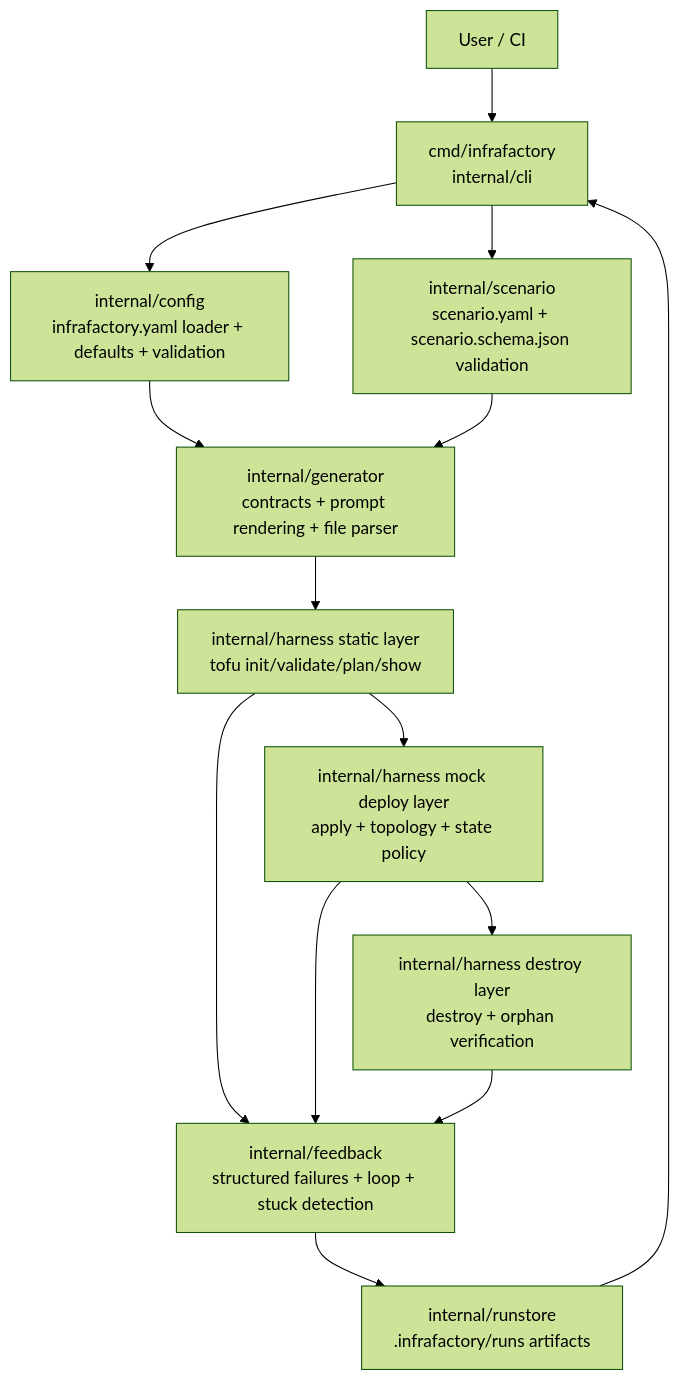
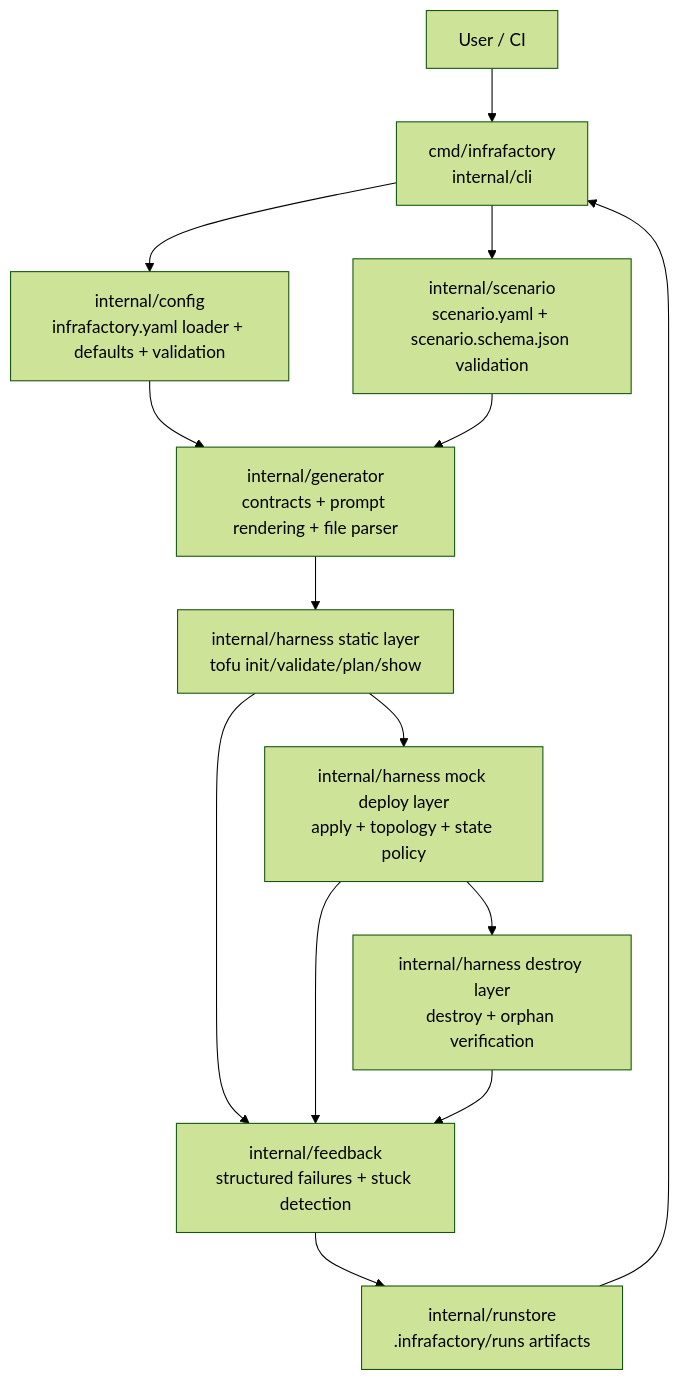
The first of 3 diagrams in README.md (redscaresu/infrafactory), drawn with Mermaid (forest theme) before and after one commit. The commit also changed other lines of this file and 4 other files, not shown here.

````diff
--- a/README.md
+++ b/README.md
@@ -49,21 +49,21 @@
 ```mermaid
 flowchart TD
     U[User / CI] --> CLI[cmd/infrafactory<br/>internal/cli]
 
     CLI --> CFG[internal/config<br/>infrafactory.yaml loader + defaults + validation]
     CLI --> SCN[internal/scenario<br/>scenario.yaml + scenario.schema.json validation]
 
     CFG --> GEN[internal/generator<br/>contracts + prompt rendering + file parser]
     SCN --> GEN
 
     GEN --> H1[internal/harness static layer<br/>tofu init/validate/plan/show]
     H1 --> H2[internal/harness mock deploy layer<br/>apply + topology + state policy]
     H2 --> H3[internal/harness destroy layer<br/>destroy + orphan verification]
 
-    H1 --> FB[internal/feedback<br/>structured failures + loop + stuck detection]
+    H1 --> FB[internal/feedback<br/>structured failures + stuck detection]
     H2 --> FB
     H3 --> FB
 
     FB --> RS[internal/runstore<br/>.infrafactory/runs artifacts]
     RS --> CLI
 ```
````
